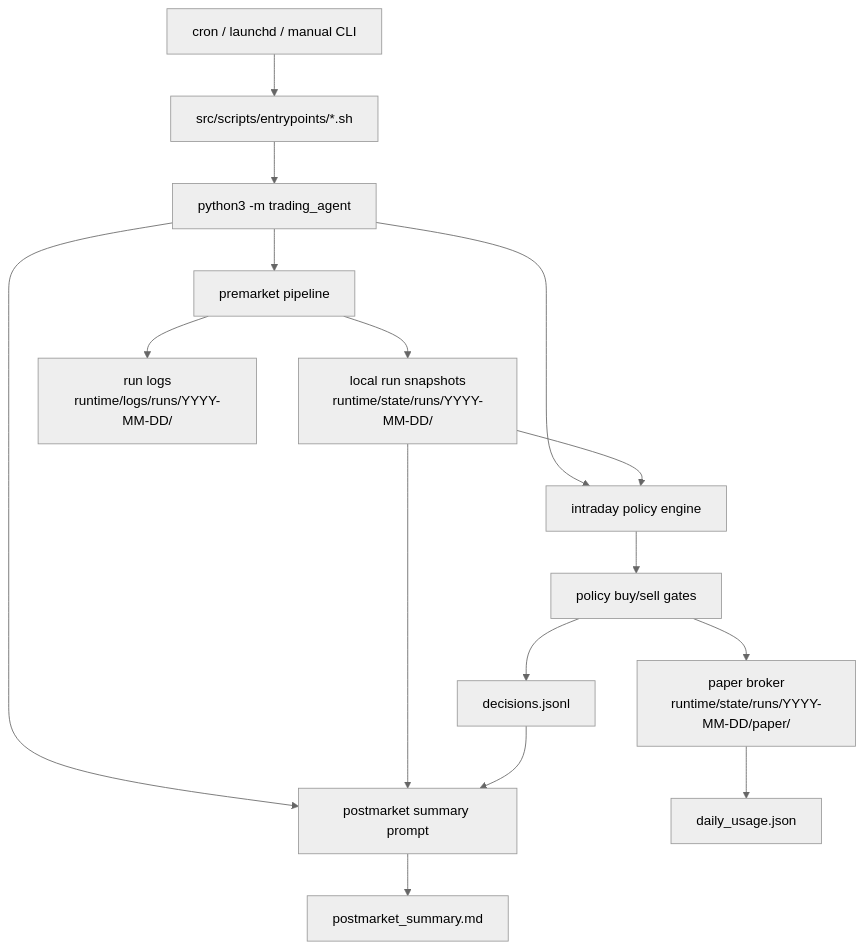
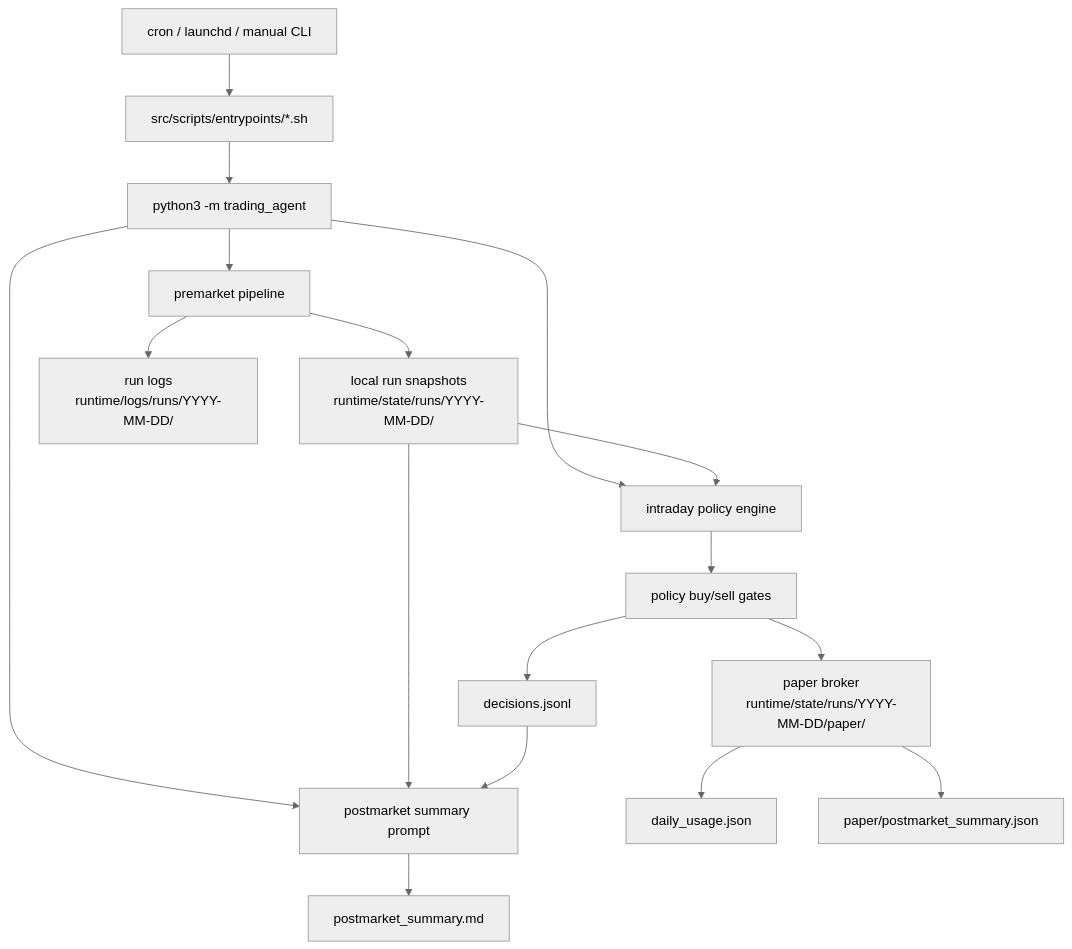
One commit to poi233/robinhood-codex-agent changed the first of 2 diagrams in README.md. Above: the diagram before and after it, drawn with Mermaid (neutral theme). The commit also changed other lines of this file and 12 other files, not shown here.

Commit message:
feat: add paper postmarket summary and upgrade kronos

````diff
--- a/README.md
+++ b/README.md
@@ -32,22 +32,23 @@
 ```mermaid
 flowchart TD
     Scheduler["cron / launchd / manual CLI"] --> Entrypoints["src/scripts/entrypoints/*.sh"]
     Entrypoints --> CLI["python3 -m trading_agent"]
 
     CLI --> Premarket["premarket pipeline"]
     CLI --> Intraday["intraday policy engine"]
     CLI --> Postmarket["postmarket summary prompt"]
 
     Premarket --> Snapshots["local run snapshots<br/>runtime/state/runs/YYYY-MM-DD/"]
     Premarket --> Logs["run logs<br/>runtime/logs/runs/YYYY-MM-DD/"]
 
     Snapshots --> Intraday
     Intraday --> Policy["policy buy/sell gates"]
     Policy --> Paper["paper broker<br/>runtime/state/runs/YYYY-MM-DD/paper/"]
     Paper --> Usage["daily_usage.json"]
     Policy --> Decisions["decisions.jsonl"]
 
     Snapshots --> Postmarket
     Decisions --> Postmarket
     Postmarket --> Summary["postmarket_summary.md"]
+    Paper --> PaperSummary["paper/postmarket_summary.json"]
 ```
````
